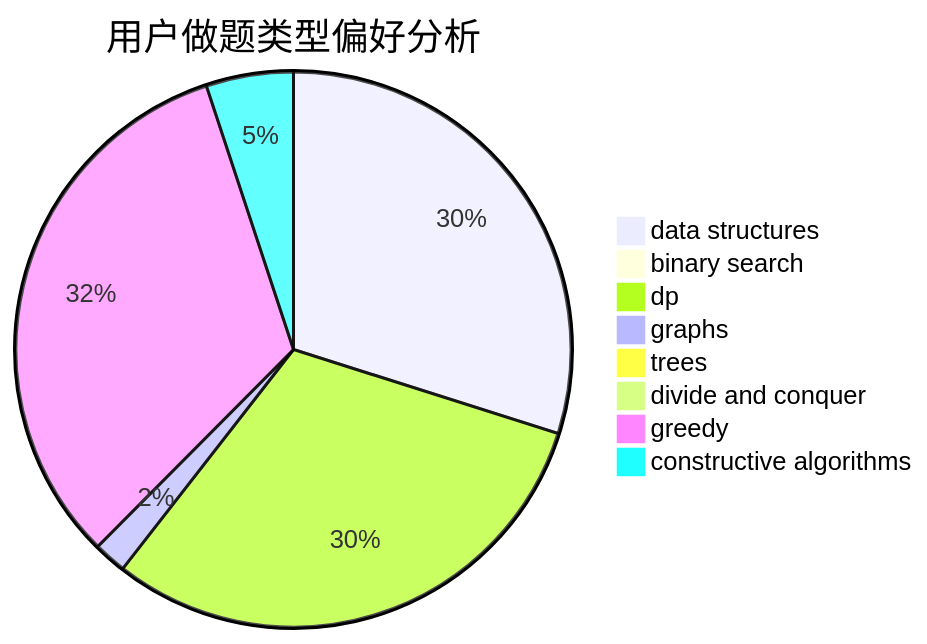
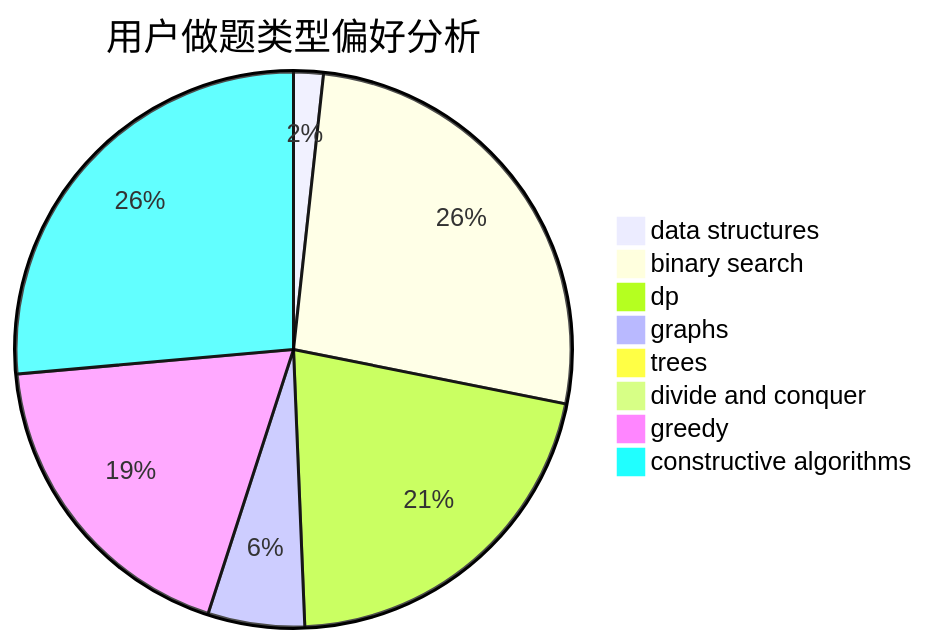
The second of 3 diagrams in docs/user/u1920.md (sherpahu/cfrs.github.io), drawn with Mermaid before and after one commit. The commit also changed other lines of this file and 2770 other files, not shown here.

````diff
--- a/docs/user/u1920.md
+++ b/docs/user/u1920.md
@@ -23,11 +23,11 @@
 ```mermaid
 pie title 用户做题类型偏好分析
-    "data structures" :  359
-    "binary search" :  0
-    "dp" :  368
-    "graphs" :  23
-    "trees" :  7
+    "data structures" :  4
+    "binary search" :  61
+    "dp" :  49
+    "graphs" :  13
+    "trees" :  0
     "divide and conquer" :  0
-    "greedy" :  390
+    "greedy" :  43
     "constructive algorithms" :  61
 ```
````
